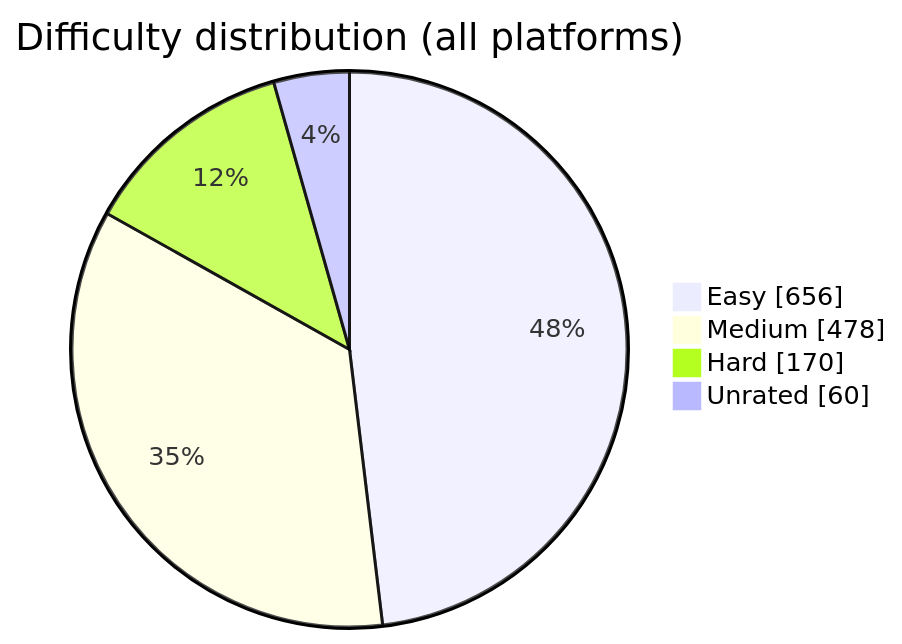
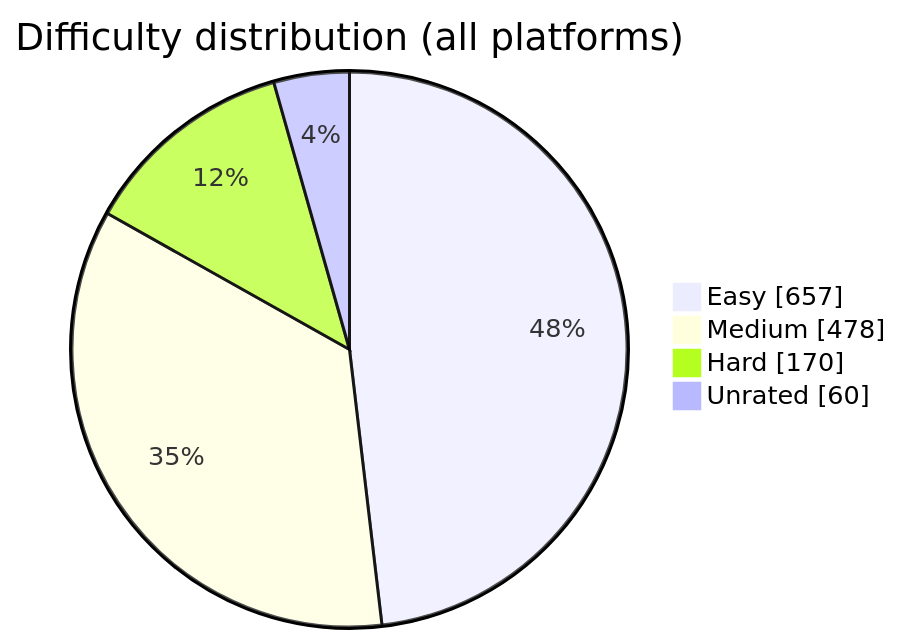
The diagram in README.md (BuildbyArindam/Daily-Coding-Log), drawn with Mermaid before and after one commit. The commit also changed other lines of this file, not shown here.

````diff
--- a/README.md
+++ b/README.md
@@ -93,7 +93,7 @@
 ```mermaid
 pie showData title Difficulty distribution (all platforms)
-    "Easy" : 656
+    "Easy" : 657
     "Medium" : 478
     "Hard" : 170
     "Unrated" : 60
 ```
````
